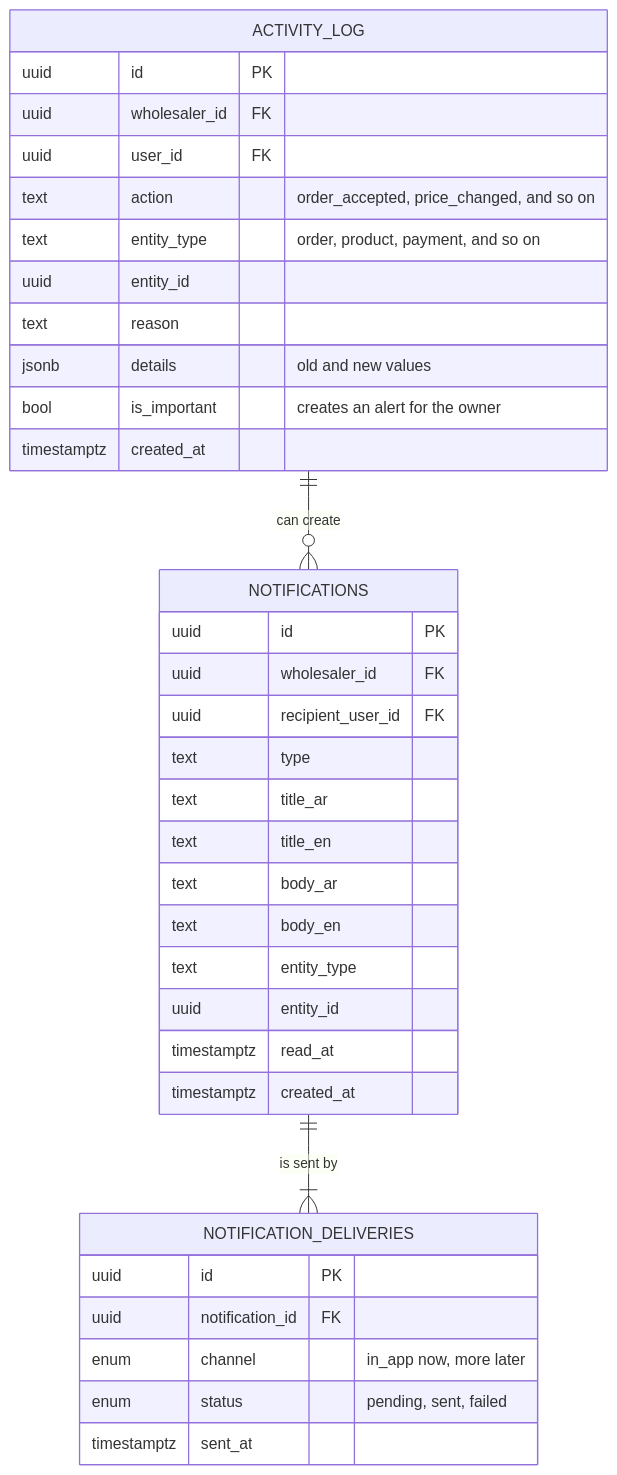
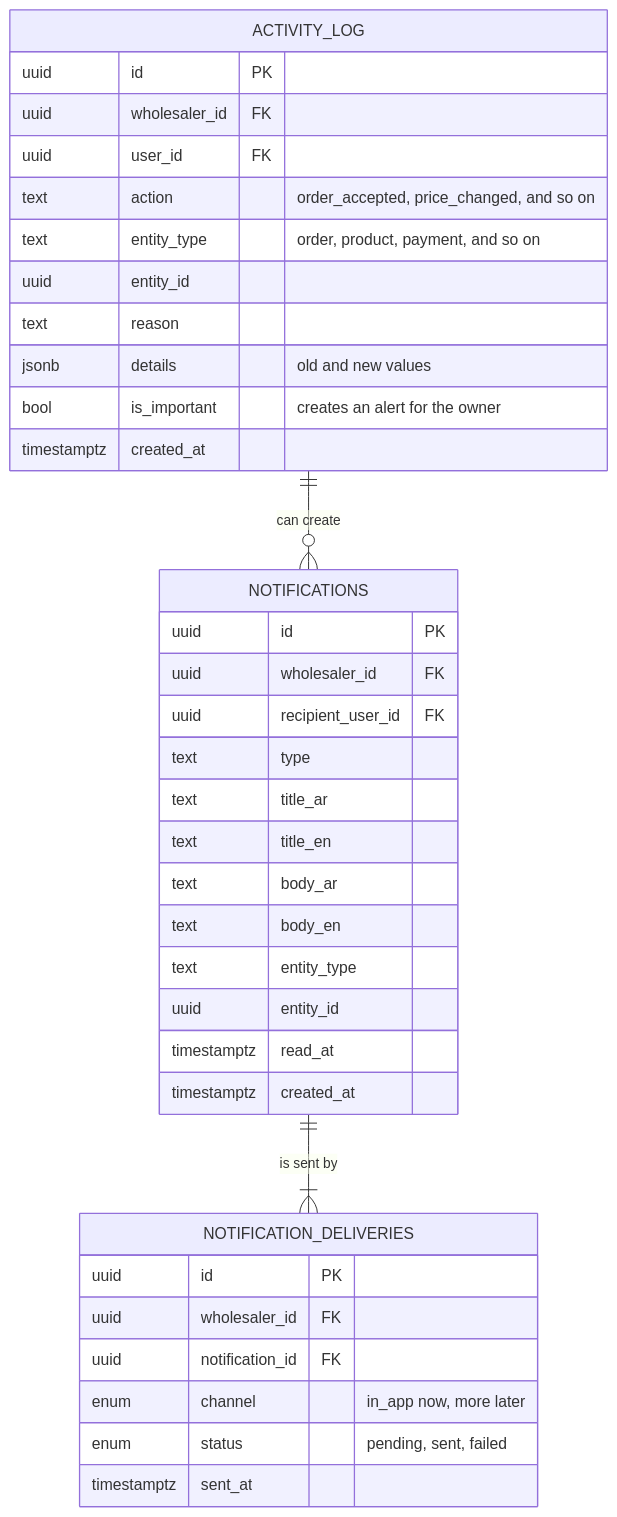
Before and after one commit to AhmedElnagarUU/Cosmo: diagram 13 of 14 in docs/technical/01-database-design.md, drawn with Mermaid. The commit also changed other lines of this file and 43 other files, not shown here.

````diff
--- a/docs/technical/01-database-design.md
+++ b/docs/technical/01-database-design.md
@@ -940,39 +946,40 @@
 ```mermaid
 erDiagram
     ACTIVITY_LOG {
         uuid id PK
         uuid wholesaler_id FK
         uuid user_id FK
         text action "order_accepted, price_changed, and so on"
         text entity_type "order, product, payment, and so on"
         uuid entity_id
         text reason
         jsonb details "old and new values"
         bool is_important "creates an alert for the owner"
         timestamptz created_at
     }
     NOTIFICATIONS {
         uuid id PK
         uuid wholesaler_id FK
         uuid recipient_user_id FK
         text type
         text title_ar
         text title_en
         text body_ar
         text body_en
         text entity_type
         uuid entity_id
         timestamptz read_at
         timestamptz created_at
     }
     NOTIFICATION_DELIVERIES {
         uuid id PK
+        uuid wholesaler_id FK
         uuid notification_id FK
         enum channel "in_app now, more later"
         enum status "pending, sent, failed"
         timestamptz sent_at
     }
 
     ACTIVITY_LOG ||--o{ NOTIFICATIONS : "can create"
     NOTIFICATIONS ||--|{ NOTIFICATION_DELIVERIES : "is sent by"
 ```
````
